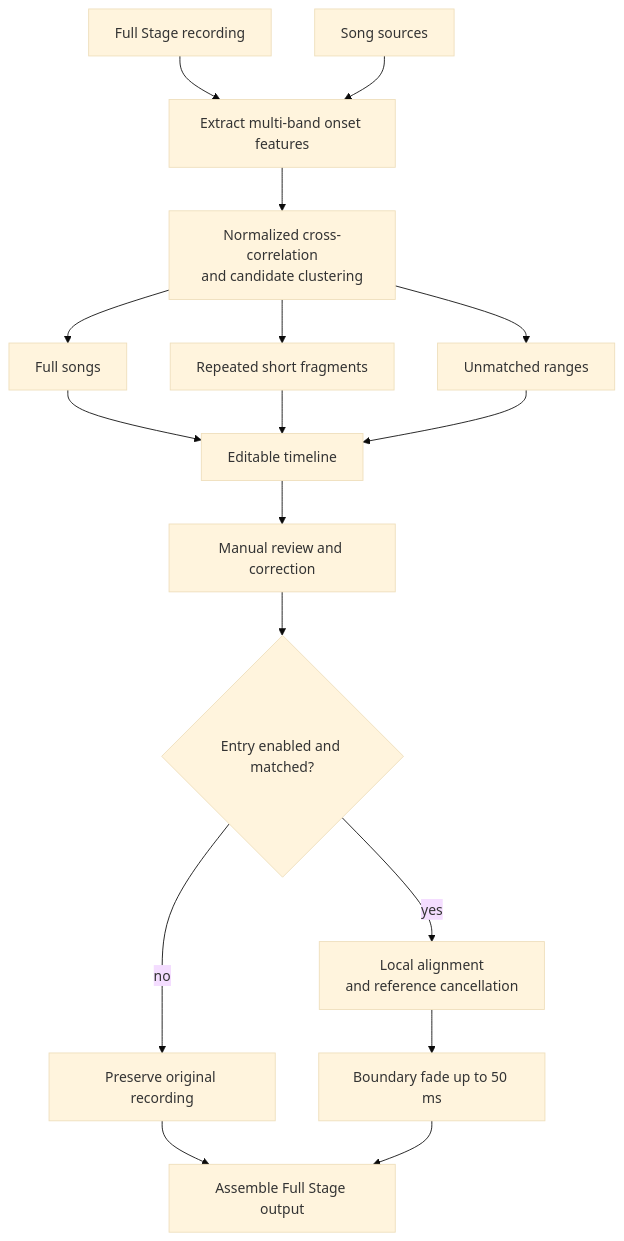
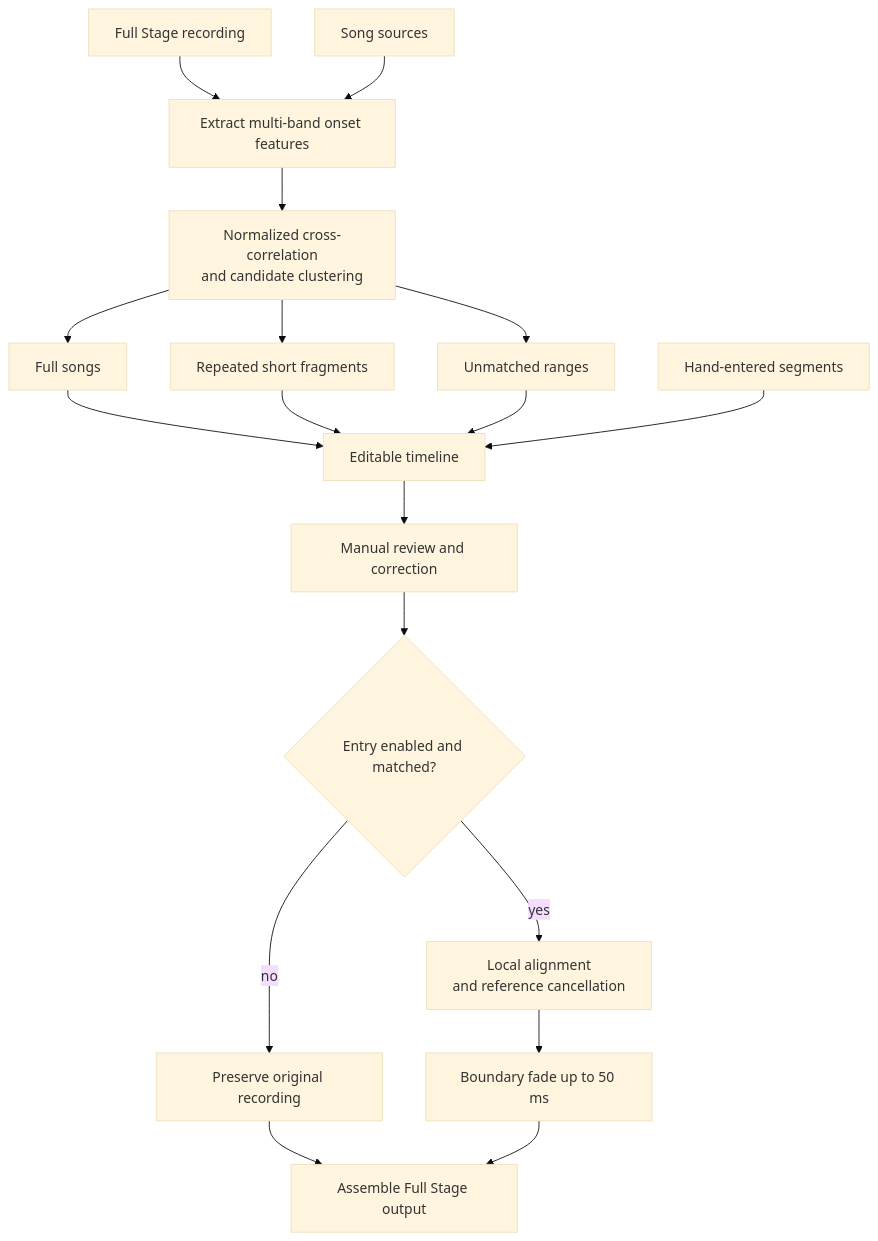
Before and after one commit to ChouChiu/Purivox: the diagram in docs/en/full-stage.md, drawn with Mermaid (base theme). The commit also changed other lines of this file and 11 other files, not shown here.

````diff
--- a/docs/en/full-stage.md
+++ b/docs/en/full-stage.md
@@ -18,19 +18,20 @@
 ```mermaid
 flowchart TB
     stage["Full Stage recording"] --> feature["Extract multi-band onset features"]
     sources["Song sources"] --> feature
     feature --> match["Normalized cross-correlation<br/>and candidate clustering"]
     match --> song["Full songs"]
     match --> fragment["Repeated short fragments"]
     match --> unmatched["Unmatched ranges"]
     song --> timeline["Editable timeline"]
     fragment --> timeline
     unmatched --> timeline
+    manual["Hand-entered segments"] --> timeline
     timeline --> review["Manual review and correction"]
     review --> render{"Entry enabled and matched?"}
     render -->|yes| cancel["Local alignment<br/>and reference cancellation"]
     render -->|no| original["Preserve original recording"]
     cancel --> blend["Boundary fade up to 50 ms"]
     original --> output["Assemble Full Stage output"]
     blend --> output
 ```
````
